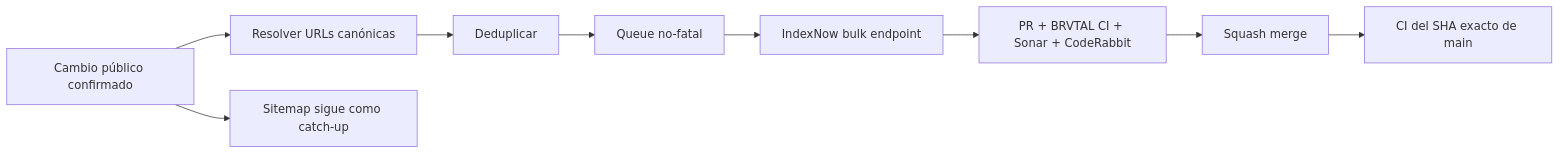
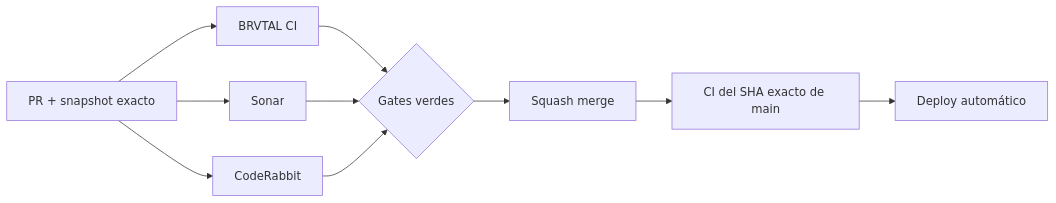
The diagram in README.md (pl0n3r/brvtal), drawn with Mermaid before and after one commit.

Commit message:
docs: restore canonical deploy flow diagram

````diff
--- a/README.md
+++ b/README.md
@@ -28,11 +28,12 @@
 ```mermaid
 flowchart LR
-    A["Cambio público confirmado"] --> B["Resolver URLs canónicas"]
-    B --> C["Deduplicar"]
-    C --> D["Queue no-fatal"]
-    D --> E["IndexNow bulk endpoint"]
-    A --> F["Sitemap sigue como catch-up"]
-    E --> G["PR + BRVTAL CI + Sonar + CodeRabbit"]
-    G --> H["Squash merge"]
-    H --> I["CI del SHA exacto de main"]
+    A["PR + snapshot exacto"] --> B["BRVTAL CI"]
+    A --> C["Sonar"]
+    A --> D["CodeRabbit"]
+    B --> E{"Gates verdes"}
+    C --> E
+    D --> E
+    E --> F["Squash merge"]
+    F --> G["CI del SHA exacto de main"]
+    G --> H["Deploy automático"]
 ```
````
